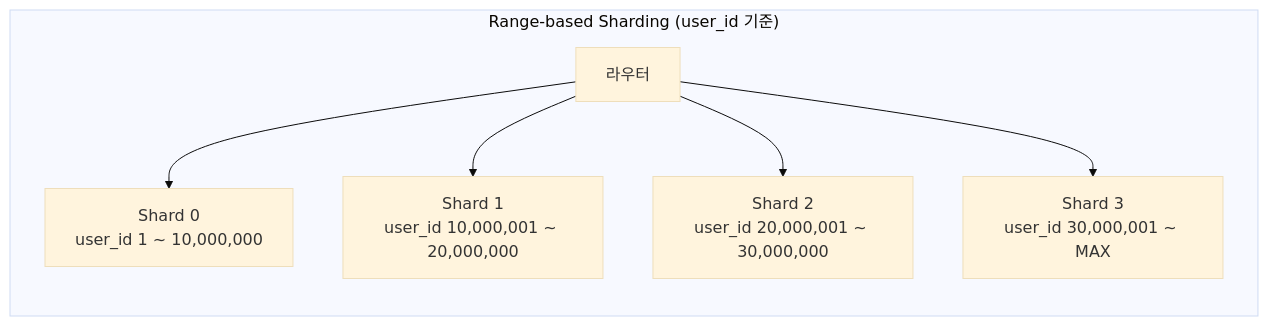
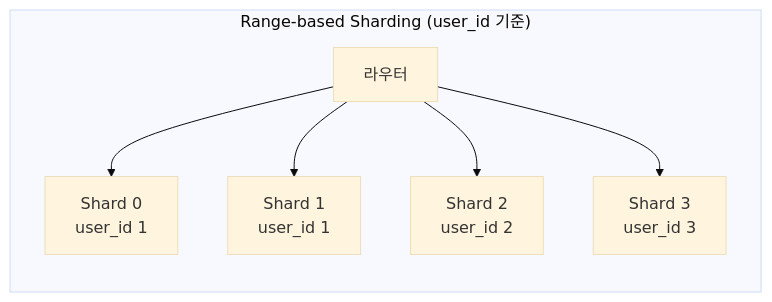
The third of 13 diagrams in _posts/db/2026-05-01-db-sharding.md (yjkim2015/yjkim2015.github.io), drawn with Mermaid (base theme) before and after one commit. The commit also changed other lines of this file and 271 other files, not shown here.

First line of the commit message:
Mermaid 라벨 축소: 긴 노드 텍스트 18자 이하로 트림 + \n 제거

````diff
--- a/_posts/db/2026-05-01-db-sharding.md
+++ b/_posts/db/2026-05-01-db-sharding.md
@@ -83,9 +83,9 @@
 ```mermaid
 graph LR
     subgraph "Range-based Sharding (user_id 기준)"
-        R["라우터"] --> SH0["Shard 0\nuser_id 1 ~ 10,000,000"]
-        R --> SH1["Shard 1\nuser_id 10,000,001 ~ 20,000,000"]
-        R --> SH2["Shard 2\nuser_id 20,000,001 ~ 30,000,000"]
-        R --> SH3["Shard 3\nuser_id 30,000,001 ~ MAX"]
+        R["라우터"] --> SH0["Shard 0\nuser_id 1"]
+        R --> SH1["Shard 1\nuser_id 1"]
+        R --> SH2["Shard 2\nuser_id 2"]
+        R --> SH3["Shard 3\nuser_id 3"]
     end
 ```
````
